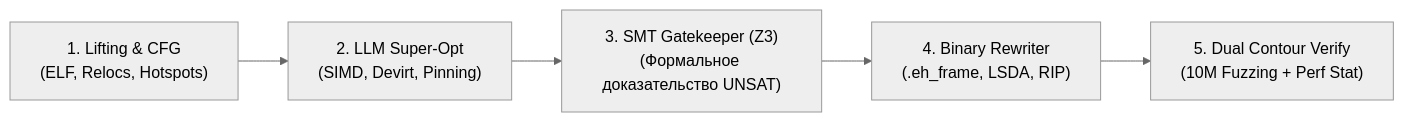
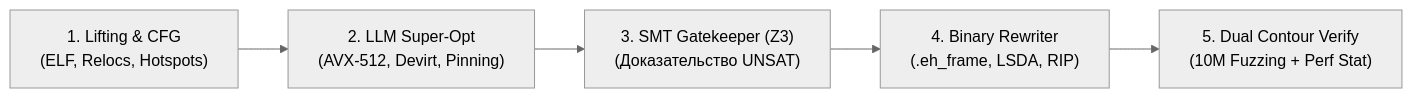
Before and after one commit to Homiakus/SuperNGNIX: the first of 2 diagrams in README.md, drawn with Mermaid (neutral theme). The commit also changed other lines of this file, not shown here.

Commit message:
docs: update production README with SuperNGNIX specs, parity audit and hardware proof

````diff
--- a/README.md
+++ b/README.md
@@ -37,7 +52,7 @@
 ```mermaid
 flowchart LR
-    A["1. Lifting & CFG<br>(ELF, Relocs, Hotspots)"] --> B["2. LLM Super-Opt<br>(SIMD, Devirt, Pinning)"]
-    B --> C["3. SMT Gatekeeper (Z3)<br>(Формальное доказательство UNSAT)"]
+    A["1. Lifting & CFG<br>(ELF, Relocs, Hotspots)"] --> B["2. LLM Super-Opt<br>(AVX-512, Devirt, Pinning)"]
+    B --> C["3. SMT Gatekeeper (Z3)<br>(Доказательство UNSAT)"]
     C --> D["4. Binary Rewriter<br>(.eh_frame, LSDA, RIP)"]
     D --> E["5. Dual Contour Verify<br>(10M Fuzzing + Perf Stat)"]
 ```
````
